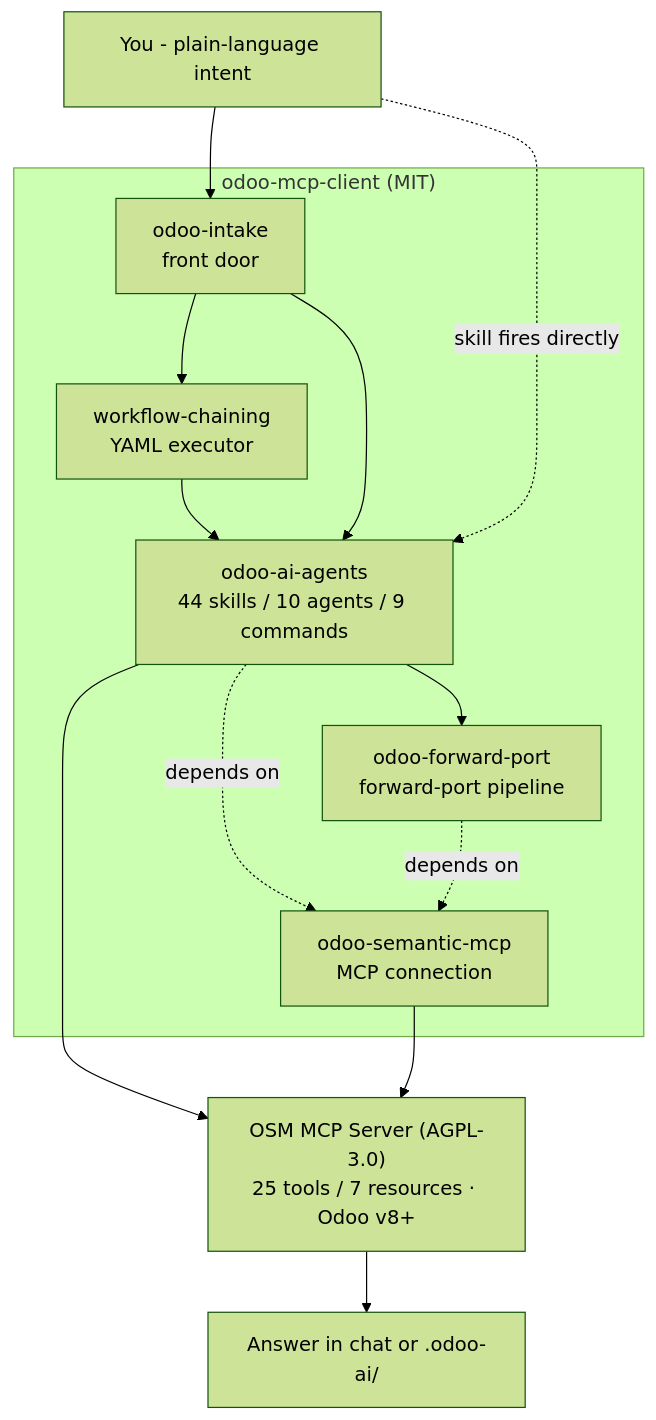
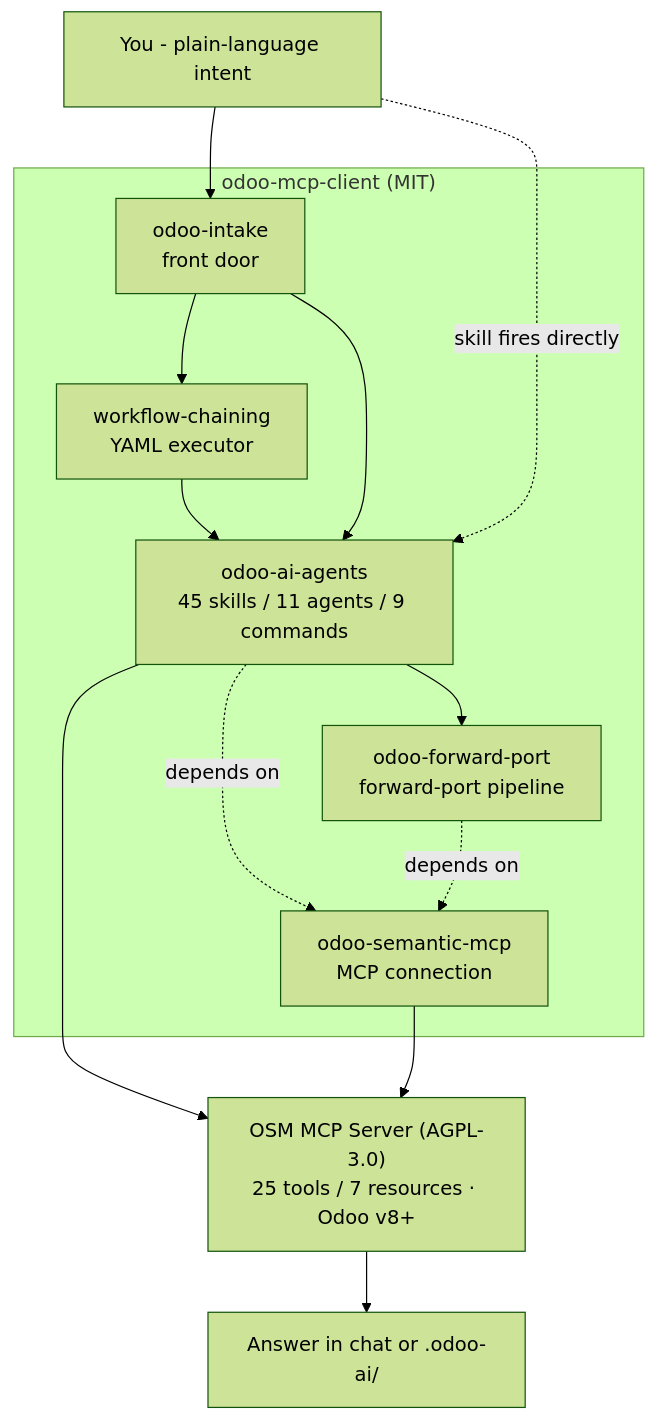
One commit to Viindoo/odoo-mcp-client changed the diagram in README.md. Above: the diagram before and after it, drawn with Mermaid (forest theme). The commit also changed other lines of this file and 23 other files, not shown here.

First line of the commit message:
feat(odoo-ai-agents): odoo-doc-illustrator agent + odoo-doc-illustration skill - browser-driven visual documentation (#91) [v3.20.0] (#105)

````diff
--- a/README.md
+++ b/README.md
@@ -13,26 +13,26 @@
 ```mermaid
 flowchart TD
     You["You - plain-language intent"]
 
     subgraph client["odoo-mcp-client (MIT)"]
         intake["odoo-intake<br/>front door"]
         wfrunner["workflow-chaining<br/>YAML executor"]
-        skills["odoo-ai-agents<br/>44 skills / 10 agents / 9 commands"]
+        skills["odoo-ai-agents<br/>45 skills / 11 agents / 9 commands"]
         fp["odoo-forward-port<br/>forward-port pipeline"]
         mcp["odoo-semantic-mcp<br/>MCP connection"]
         intake --> wfrunner --> skills
         intake --> skills
         skills --> fp
         skills -. depends on .-> mcp
         fp -. depends on .-> mcp
     end
 
     server["OSM MCP Server (AGPL-3.0)<br/>25 tools / 7 resources · Odoo v8+"]
     out["Answer in chat or .odoo-ai/"]
 
     You --> intake
     You -. "skill fires directly" .-> skills
     skills --> server
     mcp --> server
     server --> out
 ```
````
